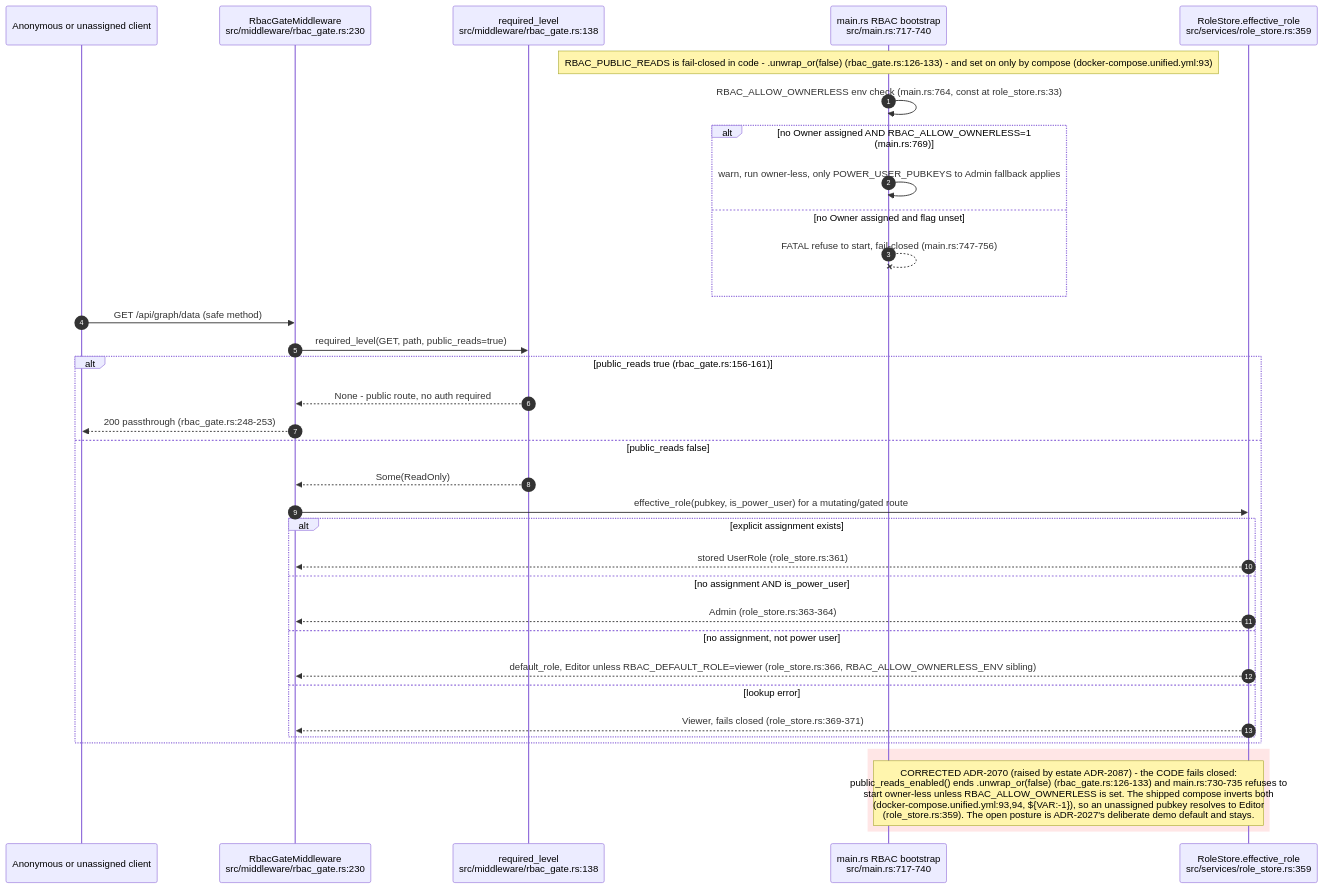
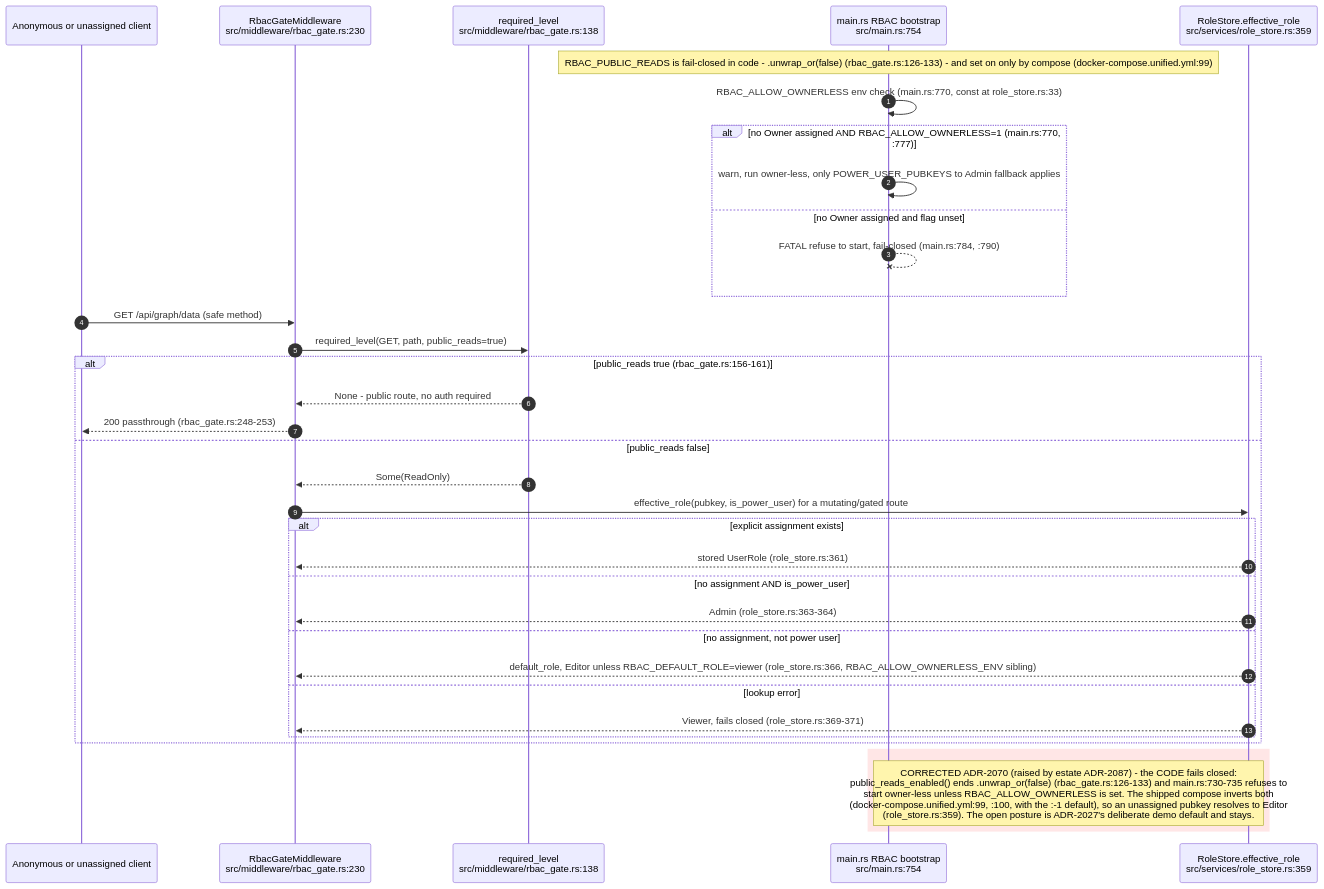
The ninth of 11 diagrams in docs/diagrams/visionclaw/22-data-authority-provenance-erasure.md (DreamLab-AI/VisionFlow), drawn with Mermaid before and after one commit. The commit also changed other lines of this file and 32 other files, not shown here.

````diff
--- a/docs/diagrams/visionclaw/22-data-authority-provenance-erasure.md
+++ b/docs/diagrams/visionclaw/22-data-authority-provenance-erasure.md
@@ -375,38 +380,38 @@
 ```mermaid
 sequenceDiagram
     autonumber
     participant C as Anonymous or unassigned client
     participant GATE as RbacGateMiddleware<br/>src/middleware/rbac_gate.rs:230
     participant REQ as required_level<br/>src/middleware/rbac_gate.rs:138
-    participant BOOT as main.rs RBAC bootstrap<br/>src/main.rs:717-740
+    participant BOOT as main.rs RBAC bootstrap<br/>src/main.rs:754
     participant RS as RoleStore.effective_role<br/>src/services/role_store.rs:359
 
-    Note over BOOT: RBAC_PUBLIC_READS is fail-closed in code - .unwrap_or(false) (rbac_gate.rs:126-133) - and set on only by compose (docker-compose.unified.yml:93)
-    BOOT->>BOOT: RBAC_ALLOW_OWNERLESS env check (main.rs:764, const at role_store.rs:33)
-    alt no Owner assigned AND RBAC_ALLOW_OWNERLESS=1 (main.rs:769)
+    Note over BOOT: RBAC_PUBLIC_READS is fail-closed in code - .unwrap_or(false) (rbac_gate.rs:126-133) - and set on only by compose (docker-compose.unified.yml:99)
+    BOOT->>BOOT: RBAC_ALLOW_OWNERLESS env check (main.rs:770, const at role_store.rs:33)
+    alt no Owner assigned AND RBAC_ALLOW_OWNERLESS=1 (main.rs:770, :777)
         BOOT->>BOOT: warn, run owner-less, only POWER_USER_PUBKEYS to Admin fallback applies
     else no Owner assigned and flag unset
-        BOOT--xBOOT: FATAL refuse to start, fail-closed (main.rs:747-756)
+        BOOT--xBOOT: FATAL refuse to start, fail-closed (main.rs:784, :790)
     end
     C->>GATE: GET /api/graph/data (safe method)
     GATE->>REQ: required_level(GET, path, public_reads=true)
     alt public_reads true (rbac_gate.rs:156-161)
         REQ-->>GATE: None - public route, no auth required
         GATE-->>C: 200 passthrough (rbac_gate.rs:248-253)
     else public_reads false
         REQ-->>GATE: Some(ReadOnly)
         GATE->>RS: effective_role(pubkey, is_power_user) for a mutating/gated route
         alt explicit assignment exists
             RS-->>GATE: stored UserRole (role_store.rs:361)
         else no assignment AND is_power_user
             RS-->>GATE: Admin (role_store.rs:363-364)
         else no assignment, not power user
             RS-->>GATE: default_role, Editor unless RBAC_DEFAULT_ROLE=viewer (role_store.rs:366, RBAC_ALLOW_OWNERLESS_ENV sibling)
         else lookup error
             RS-->>GATE: Viewer, fails closed (role_store.rs:369-371)
         end
     end
     rect rgb(255, 230, 230)
-    Note over BOOT,RS: CORRECTED ADR-2070 (raised by estate ADR-2087) - the CODE fails closed:<br/>public_reads_enabled() ends .unwrap_or(false) (rbac_gate.rs:126-133) and main.rs:730-735 refuses to<br/>start owner-less unless RBAC_ALLOW_OWNERLESS is set. The shipped compose inverts both<br/>(docker-compose.unified.yml:93,94, ${VAR:-1}), so an unassigned pubkey resolves to Editor<br/>(role_store.rs:359). The open posture is ADR-2027's deliberate demo default and stays.
+    Note over BOOT,RS: CORRECTED ADR-2070 (raised by estate ADR-2087) - the CODE fails closed:<br/>public_reads_enabled() ends .unwrap_or(false) (rbac_gate.rs:126-133) and main.rs:730-735 refuses to<br/>start owner-less unless RBAC_ALLOW_OWNERLESS is set. The shipped compose inverts both<br/>(docker-compose.unified.yml:99, :100, with the :-1 default), so an unassigned pubkey resolves to Editor<br/>(role_store.rs:359). The open posture is ADR-2027's deliberate demo default and stays.
     end
 ```
````
